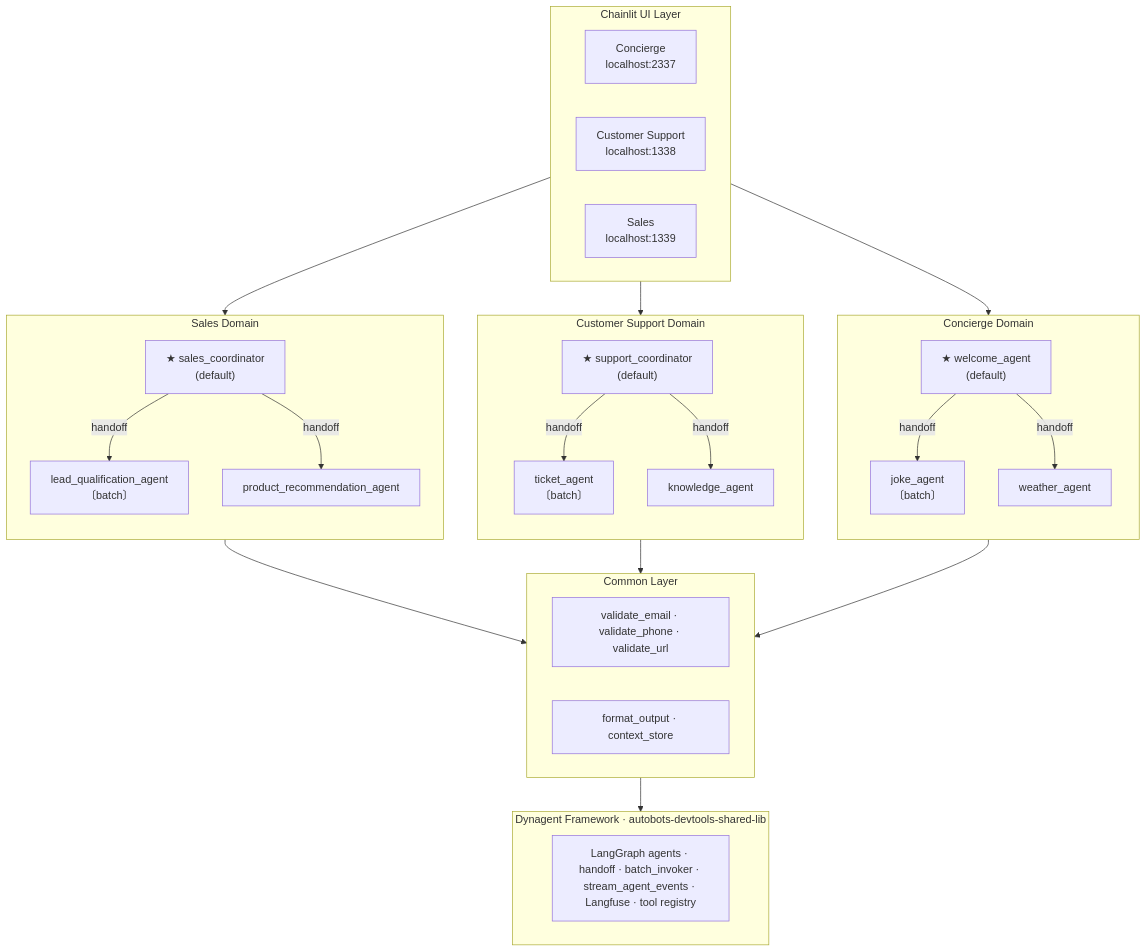
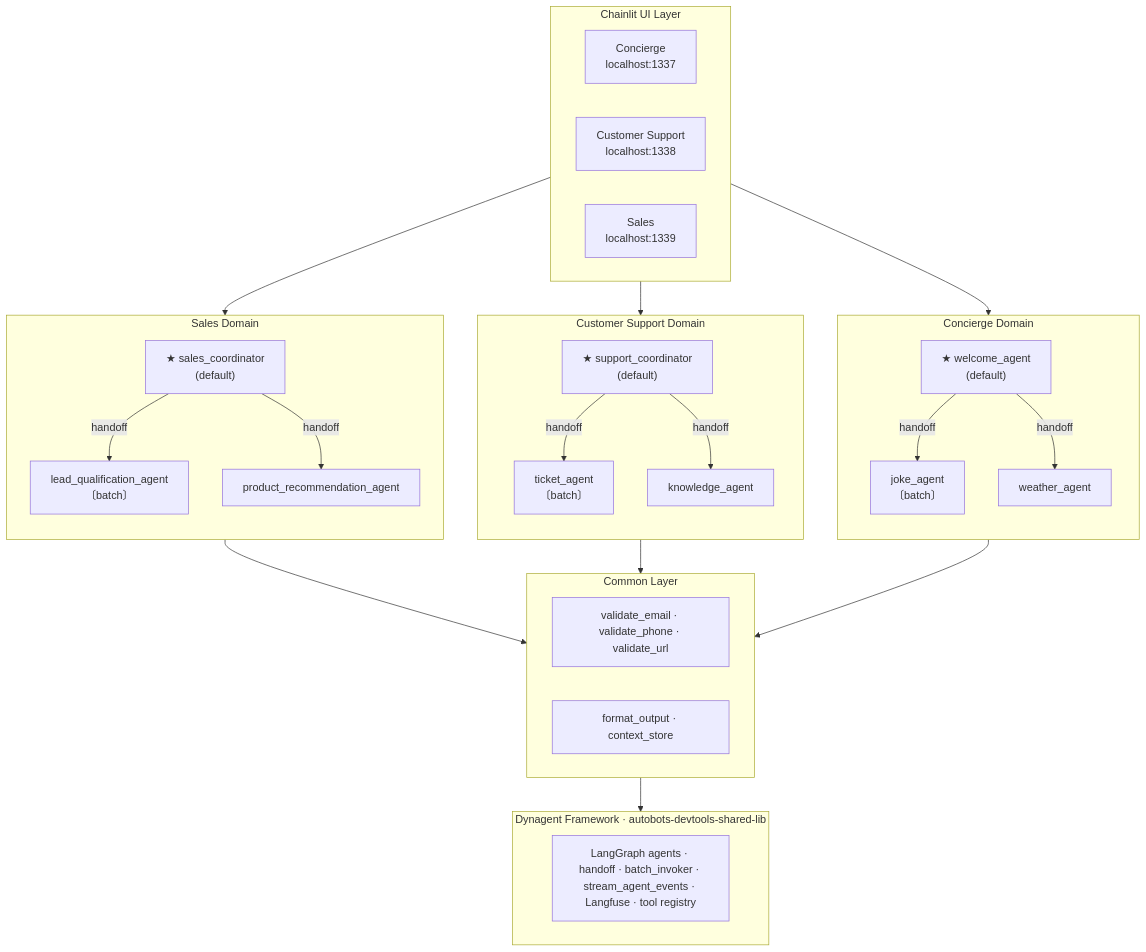
One commit to Pratishthan/autobots-agents-jarvis changed the diagram in README.md. Above: the diagram before and after it, drawn with Mermaid. The commit also changed other lines of this file and 14 other files, not shown here.

````diff
--- a/README.md
+++ b/README.md
@@ -10,57 +10,57 @@
 ```mermaid
 flowchart TD
     subgraph UI["Chainlit UI Layer"]
         direction LR
-        c_ui["Concierge\nlocalhost:2337"]
+        c_ui["Concierge\nlocalhost:1337"]
         cs_ui["Customer Support\nlocalhost:1338"]
         s_ui["Sales\nlocalhost:1339"]
     end
 
     subgraph concierge["Concierge Domain"]
         direction TB
         wa["★ welcome_agent\n(default)"]
         ja["joke_agent\n〔batch〕"]
         wea["weather_agent"]
         wa -->|handoff| ja
         wa -->|handoff| wea
     end
 
     subgraph cust_support["Customer Support Domain"]
         direction TB
         sc["★ support_coordinator\n(default)"]
         ta["ticket_agent\n〔batch〕"]
         ka["knowledge_agent"]
         sc -->|handoff| ta
         sc -->|handoff| ka
     end
 
     subgraph sales["Sales Domain"]
         direction TB
         sac["★ sales_coordinator\n(default)"]
         la["lead_qualification_agent\n〔batch〕"]
         pa["product_recommendation_agent"]
         sac -->|handoff| la
         sac -->|handoff| pa
     end
 
     c_ui --> wa
     cs_ui --> sc
     s_ui --> sac
 
     subgraph common["Common Layer"]
         direction LR
         validators["validate_email · validate_phone · validate_url"]
         utils["format_output · context_store"]
     end
 
     concierge --> common
     cust_support --> common
     sales --> common
 
     subgraph dynagent["Dynagent Framework · autobots-devtools-shared-lib"]
         direction LR
         core["LangGraph agents · handoff · batch_invoker · stream_agent_events · Langfuse · tool registry"]
     end
 
     common --> dynagent
 ```
````
